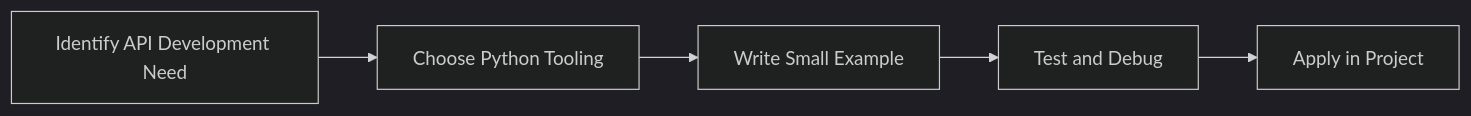
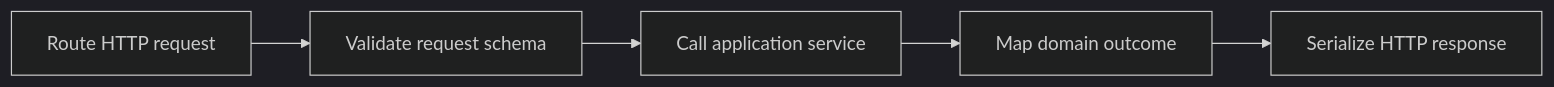
One commit to SYMOIZ/E-Learning-Portal changed the diagram in Python-Mastery/Intermediate/23-api-development.md. Above: the diagram before and after it, drawn with Mermaid (dark theme). The commit also changed other lines of this file and 116 other files, not shown here.

````diff
--- a/Python-Mastery/Intermediate/23-api-development.md
+++ b/Python-Mastery/Intermediate/23-api-development.md
@@ -154,7 +177,7 @@
 ```mermaid
 flowchart LR
-    A[Identify API Development Need] --> B[Choose Python Tooling]
-    B --> C[Write Small Example]
-    C --> D[Test and Debug]
-    D --> E[Apply in Project]
+    A[Route HTTP request] --> B[Validate request schema]
+    B --> C[Call application service]
+    C --> D[Map domain outcome]
+    D --> E[Serialize HTTP response]
 ```
````
